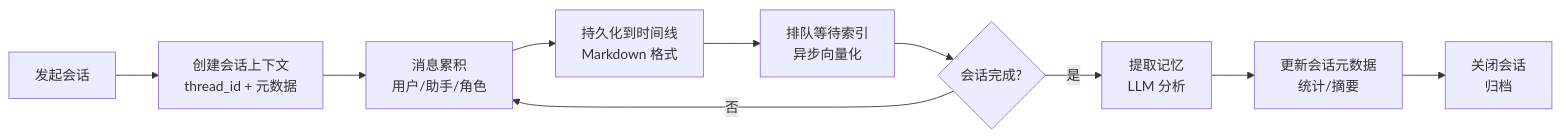
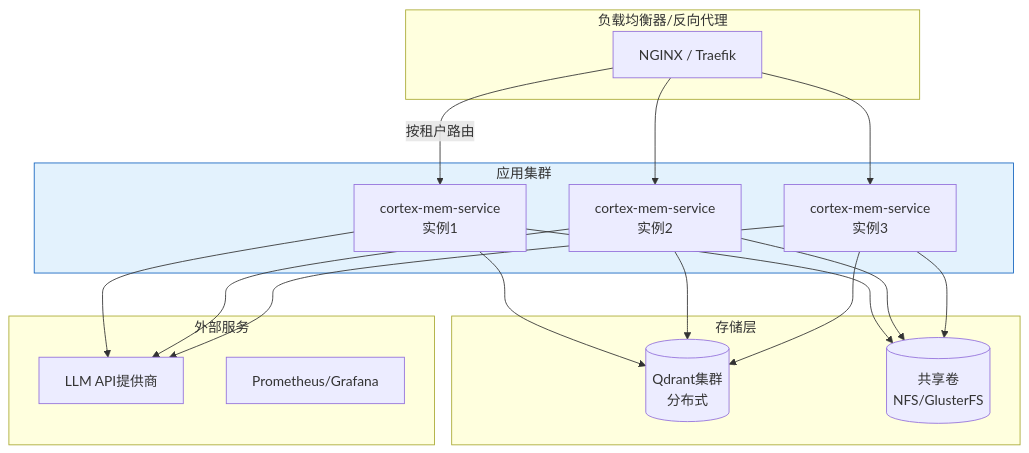
One commit to sopaco/cortex-mem changed diagram 14 of 14 in litho.docs/zh/2、架构概览.md. Above: the diagram before and after it, drawn with Mermaid. The commit also changed other lines of this file and 45 other files, not shown here.

````diff
--- a/litho.docs/zh/2、架构概览.md
+++ b/litho.docs/zh/2、架构概览.md
@@ -642,12 +931,39 @@
 ```mermaid
-flowchart LR
-    A[发起会话] --> B[创建会话上下文<br/>thread_id + 元数据]
-    B --> C[消息累积<br/>用户/助手/角色]
-    C --> D[持久化到时间线<br/>Markdown 格式]
-    D --> E[排队等待索引<br/>异步向量化]
-    E --> F{会话完成?}
-    F -->|否| C
-    F -->|是| G[提取记忆<br/>LLM 分析]
-    G --> H[更新会话元数据<br/>统计/摘要]
-    H --> I[关闭会话<br/>归档]
+graph TB
+    subgraph LoadBalancer["负载均衡器/反向代理"]
+        NGINX[NGINX / Traefik]
+    end
+    
+    subgraph AppCluster["应用集群"]
+        INST1[cortex-mem-service<br/>实例1]
+        INST2[cortex-mem-service<br/>实例2]
+        INST3[cortex-mem-service<br/>实例3]
+    end
+    
+    subgraph Storage["存储层"]
+        QDRANT_CLUSTER[(Qdrant集群<br/>分布式)]
+        SHARED_FS[(共享卷<br/>NFS/GlusterFS)]
+    end
+    
+    subgraph External["外部服务"]
+        LLM_API[LLM API提供商]
+        MONITORING[Prometheus/Grafana]
+    end
+    
+    NGINX -->|按租户路由| INST1
+    NGINX --> INST2
+    NGINX --> INST3
+    
+    INST1 --> QDRANT_CLUSTER
+    INST1 --> SHARED_FS
+    INST2 --> QDRANT_CLUSTER
+    INST2 --> SHARED_FS
+    INST3 --> QDRANT_CLUSTER
+    INST3 --> SHARED_FS
+    
+    INST1 --> LLM_API
+    INST2 --> LLM_API
+    INST3 --> LLM_API
+    
+    style AppCluster fill:#e3f2fd,stroke:#1565c0
 ```
````
